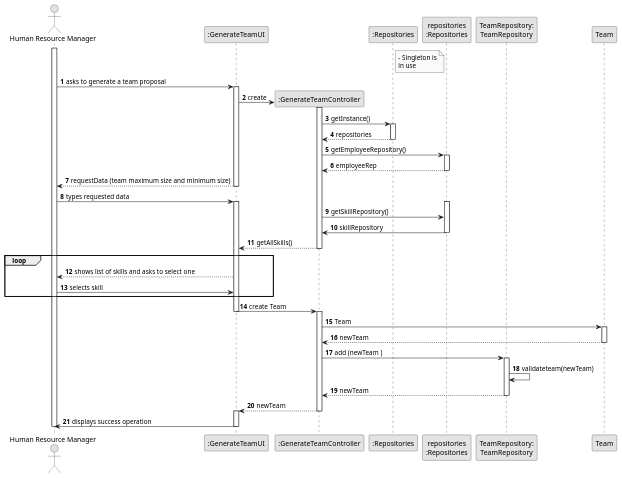
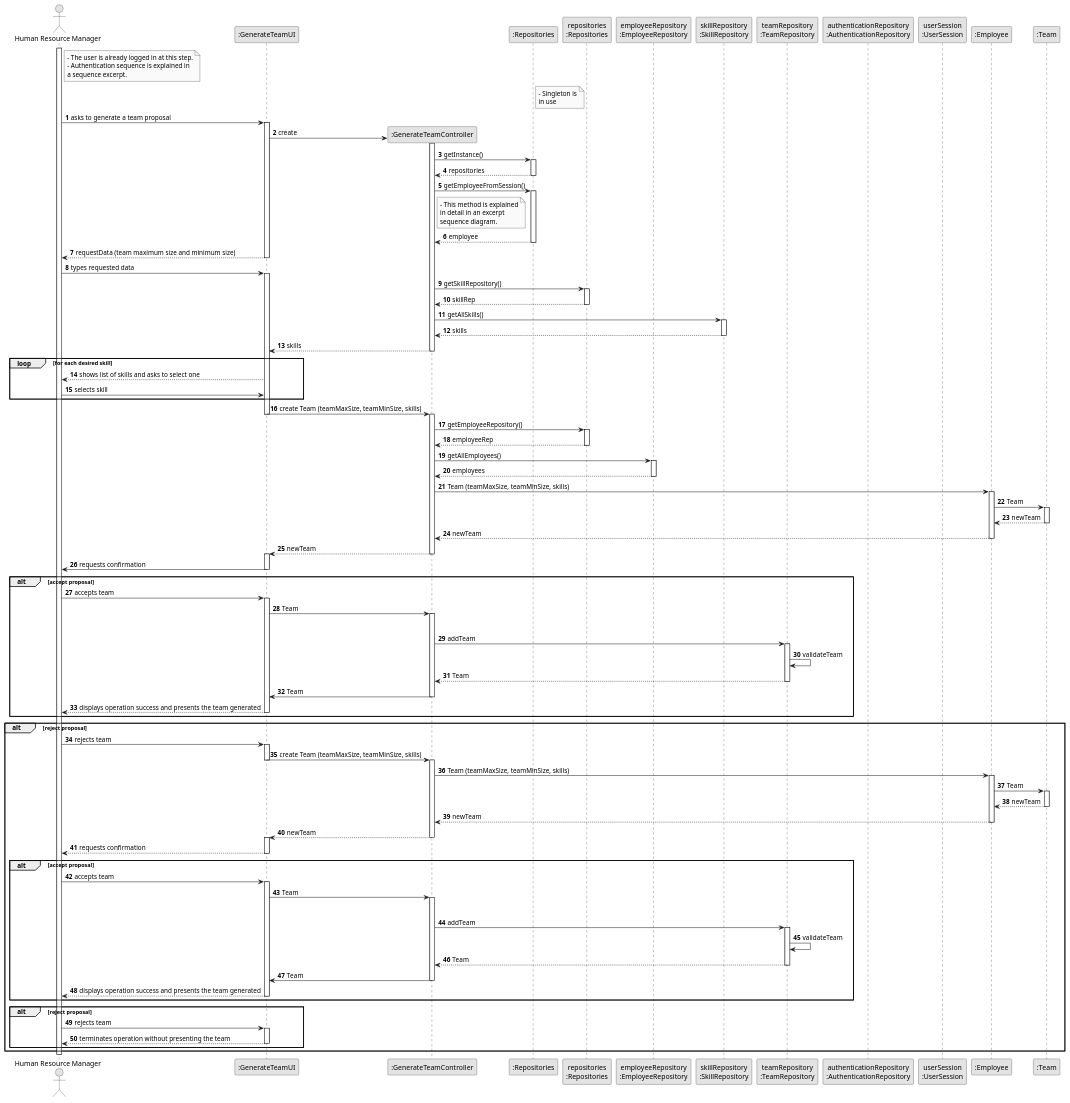
The diagram in docs/sprintB/us05/03.design/puml/us05-sequence-diagram-full.puml (Paulo-Pereira-at-ISEP/lei-24-s2-1nanb-g321), drawn with PlantUML before and after one commit. The commit also changed 34 other files, not shown here.

```diff
--- a/docs/sprintB/us05/03.design/puml/us05-sequence-diagram-full.puml
+++ b/docs/sprintB/us05/03.design/puml/us05-sequence-diagram-full.puml
@@ -12,101 +12,212 @@
 participant ":GenerateTeamController" as controller
 participant ":Repositories" as singleton
 participant "repositories\n:Repositories" as rep
-participant "TeamRepository:\nTeamRepository" as teamRep
-participant "Team" as Team
+participant "employeeRepository\n:EmployeeRepository" as employeeRep
+participant "skillRepository\n:SkillRepository" as skillRep
+participant "teamRepository\n:TeamRepository" as teamRep
+participant "authenticationRepository\n:AuthenticationRepository" as AUTH_REPO
+participant "userSession\n:UserSession" as USR_SESSION
+participant ":Employee" as employee
+participant ":Team" as Team
+
+note right of HRM
+    - The user is already logged in at this step.
+    - Authentication sequence is explained in
+    a sequence excerpt.
+end note
 
 note right of singleton
     - Singleton is
     in use
 end note
 
-activate HRM
+        activate HRM
 
         HRM -> UI : asks to generate a team proposal
-
         activate UI
             'create controller
-            UI -> controller** : create
+        UI -> controller** : create
+        activate controller
 
-            activate controller
+        controller-> singleton : getInstance()
+        activate singleton
 
-                controller-> singleton : getInstance()
+        singleton --> controller : repositories
+        deactivate singleton
 
-                activate singleton
+        controller -> singleton : getEmployeeFromSession()
 
-                    singleton --> controller : repositories
+        note right of controller
+            - This method is explained
+            in detail in an excerpt
+            sequence diagram.
+        end note
 
-                deactivate singleton
+        activate singleton
 
-                controller -> rep : getEmployeeRepository()
+        singleton --> controller : employee
 
-                activate rep
+        deactivate singleton
 
-
-                    rep --> controller : employeeRep
-
-                deactivate rep
-
-
-
-
-            'requests the HRM to input data
-            UI --> HRM : requestData (team maximum size and minimum size)
+        'requests the HRM to input data
+        UI --> HRM : requestData (team maximum size and minimum size)
         deactivate UI
 
         HRM -> UI : types requested data
+        activate UI
 
-activate UI
-
+        controller -> rep : getSkillRepository()
         activate rep
 
-            controller -> rep : getSkillRepository()
-            rep -> controller : skillRepository
+        rep --> controller : skillRep
         deactivate rep
 
+        controller -> skillRep : getAllSkills()
+        activate skillRep
 
-            controller --> UI : getAllSkills()
-            deactivate controller
-
-loop
-            UI --> HRM : shows list of skills and asks to select one
-
-            HRM -> UI : selects skill
-end
-           UI -> controller : create Team
-                   deactivate UI
-
-            activate controller
+        skillRep --> controller : skills
+        deactivate skillRep
 
 
-                controller -> Team : Team
+        controller --> UI : skills
+        deactivate controller
 
-                activate Team
+        loop for each desired skill
+        UI --> HRM : shows list of skills and asks to select one
 
-                Team --> controller : newTeam
+        HRM -> UI : selects skill
+        end
 
-                deactivate Team
+        UI -> controller : create Team (teamMaxSize, teamMinSize, skills)
+        deactivate UI
+        activate controller
 
-                controller -> teamRep : add (newTeam )
+        controller -> rep : getEmployeeRepository()
+        activate rep
 
-                activate teamRep
+        rep --> controller : employeeRep
+        deactivate rep
 
-                    teamRep -> teamRep : validateteam(newTeam)
+        controller -> employeeRep : getAllEmployees()
+        activate employeeRep
+
+        employeeRep --> controller : employees
+        deactivate employeeRep
+
+        controller -> employee : Team (teamMaxSize, teamMinSize, skills)
+        activate employee
+
+        employee -> Team: Team
+        activate Team
+
+        Team --> employee : newTeam
+        deactivate Team
+
+        employee --> controller : newTeam
+        deactivate employee
+
+        controller --> UI : newTeam
+        deactivate controller
+        activate UI
+
+        UI -> HRM : requests confirmation
+        deactivate UI
+
+        alt accept proposal
+
+        HRM -> UI : accepts team
+        activate UI
+
+        UI -> controller: Team
+        activate controller
+        deactivate employee
+
+        controller -> teamRep : addTeam
+        activate teamRep
+
+        teamRep -> teamRep : validateTeam
+
+        teamRep --> controller : Team
+        deactivate teamRep
+
+        controller -> UI: Team
+        deactivate controller
+
+        UI --> HRM : displays operation success and presents the team generated
+        deactivate UI
+
+        end
+
+        alt reject proposal
+
+        HRM -> UI : rejects team
+        activate UI
 
 
-                    teamRep --> controller : newTeam
+        UI -> controller : create Team (teamMaxSize, teamMinSize, skills)
+        deactivate UI
+        activate controller
 
-                deactivate teamRep
+        controller -> employee : Team (teamMaxSize, teamMinSize, skills)
+        activate employee
 
-            controller --> UI : newTeam
+        employee -> Team: Team
+        activate Team
+
+        Team --> employee : newTeam
+        deactivate Team
+
+        employee --> controller : newTeam
+        deactivate employee
 
 
+        controller --> UI : newTeam
         deactivate controller
-activate UI
-        UI -> HRM : displays success operation
+        activate UI
 
-    deactivate UI
+        UI --> HRM: requests confirmation
+        deactivate UI
+        deactivate controller
 
-deactivate HRM
+        alt accept proposal
+
+        HRM -> UI : accepts team
+        activate UI
+
+        UI -> controller: Team
+        activate controller
+        deactivate employee
+
+        controller -> teamRep : addTeam
+        activate teamRep
+
+        teamRep -> teamRep : validateTeam
+
+        teamRep --> controller : Team
+        deactivate teamRep
+
+        controller -> UI: Team
+        deactivate controller
+
+        UI --> HRM : displays operation success and presents the team generated
+        deactivate UI
+
+        end
+
+        alt reject proposal
+
+        HRM -> UI: rejects team
+        activate UI
+
+        UI --> HRM: terminates operation without presenting the team
+        deactivate UI
+
+        end
+
+        end
+
+        deactivate UI
+
+        deactivate HRM
 
 @enduml
```
